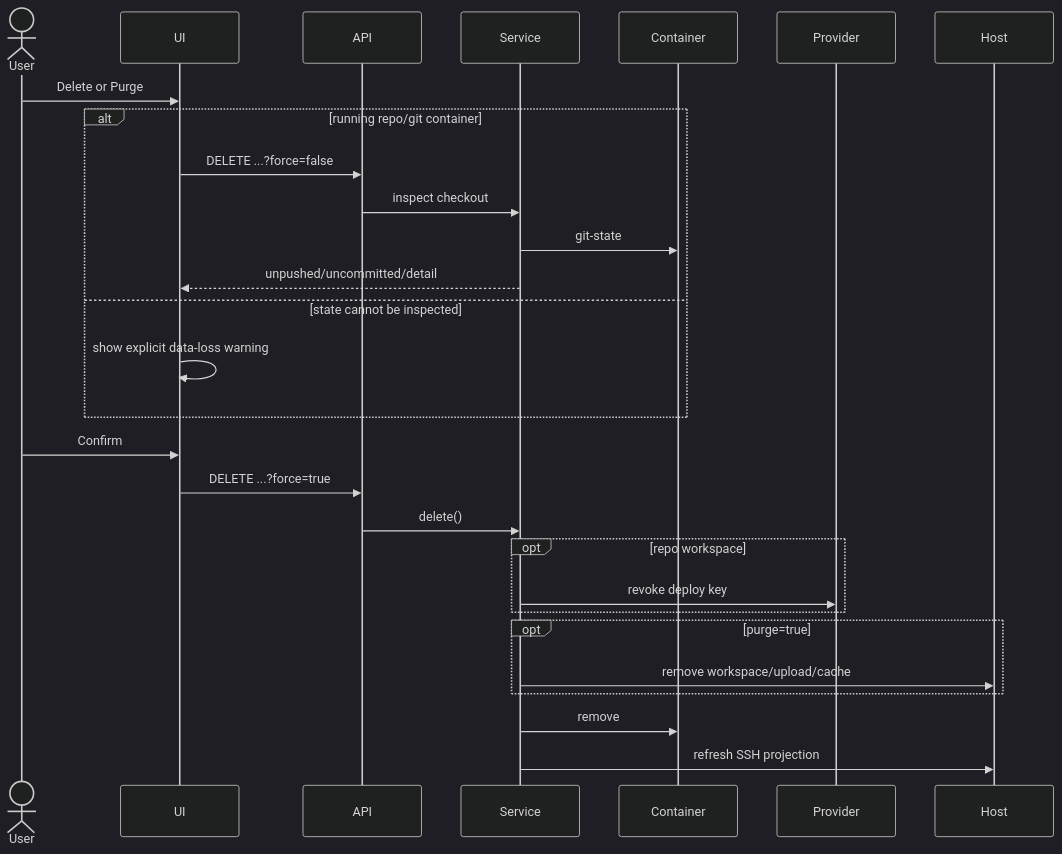
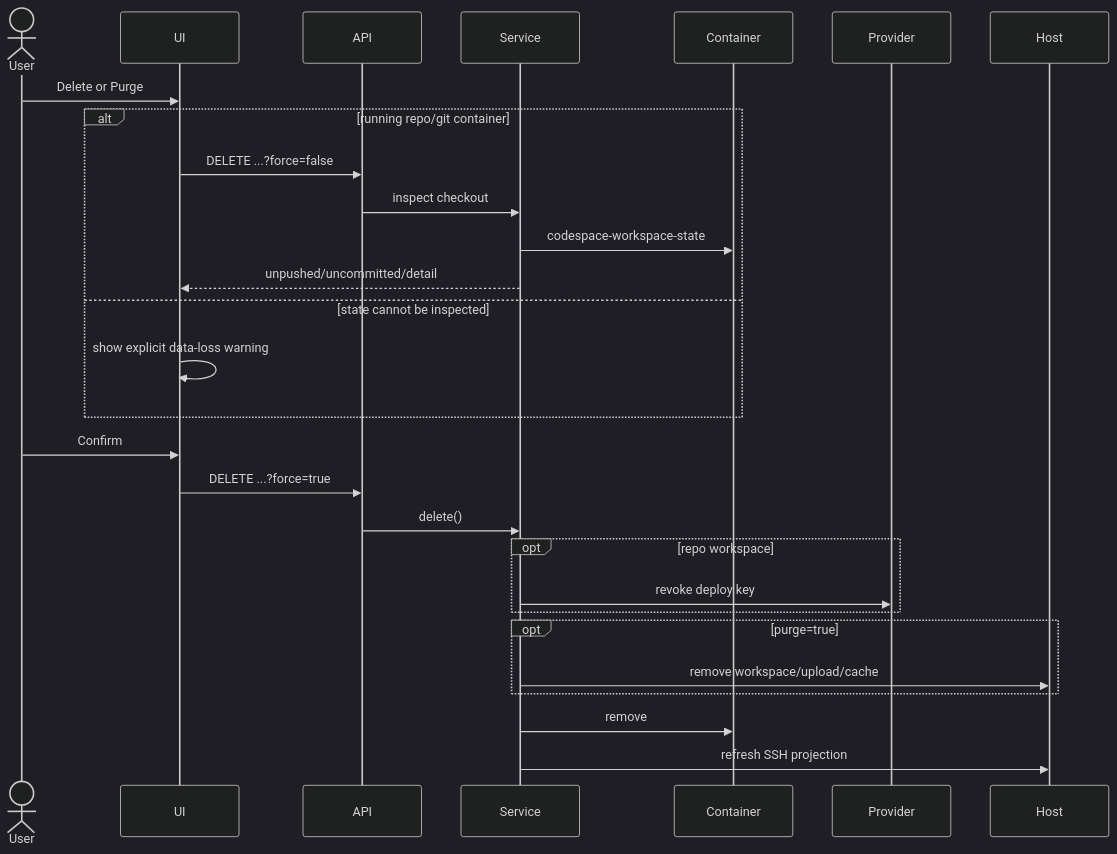
Before and after one commit to curoky/codespace: the seventh of 9 diagrams in controller/DESIGN.md, drawn with Mermaid (dark theme). The commit also changed other lines of this file and 40 other files, not shown here.

````diff
--- a/controller/DESIGN.md
+++ b/controller/DESIGN.md
@@ -229,31 +235,31 @@
 ```mermaid
 sequenceDiagram
     actor User
     participant UI
     participant API
     participant Service
     participant Container
     participant Provider
     participant Host
 
     User->>UI: Delete or Purge
     alt running repo/git container
         UI->>API: DELETE ...?force=false
         API->>Service: inspect checkout
-        Service->>Container: git-state
+        Service->>Container: codespace-workspace-state
         Service-->>UI: unpushed/uncommitted/detail
     else state cannot be inspected
         UI->>UI: show explicit data-loss warning
     end
     User->>UI: Confirm
     UI->>API: DELETE ...?force=true
     API->>Service: delete()
     opt repo workspace
         Service->>Provider: revoke deploy key
     end
     opt purge=true
         Service->>Host: remove workspace/upload/cache
     end
     Service->>Container: remove
     Service->>Host: refresh SSH projection
 ```
````
